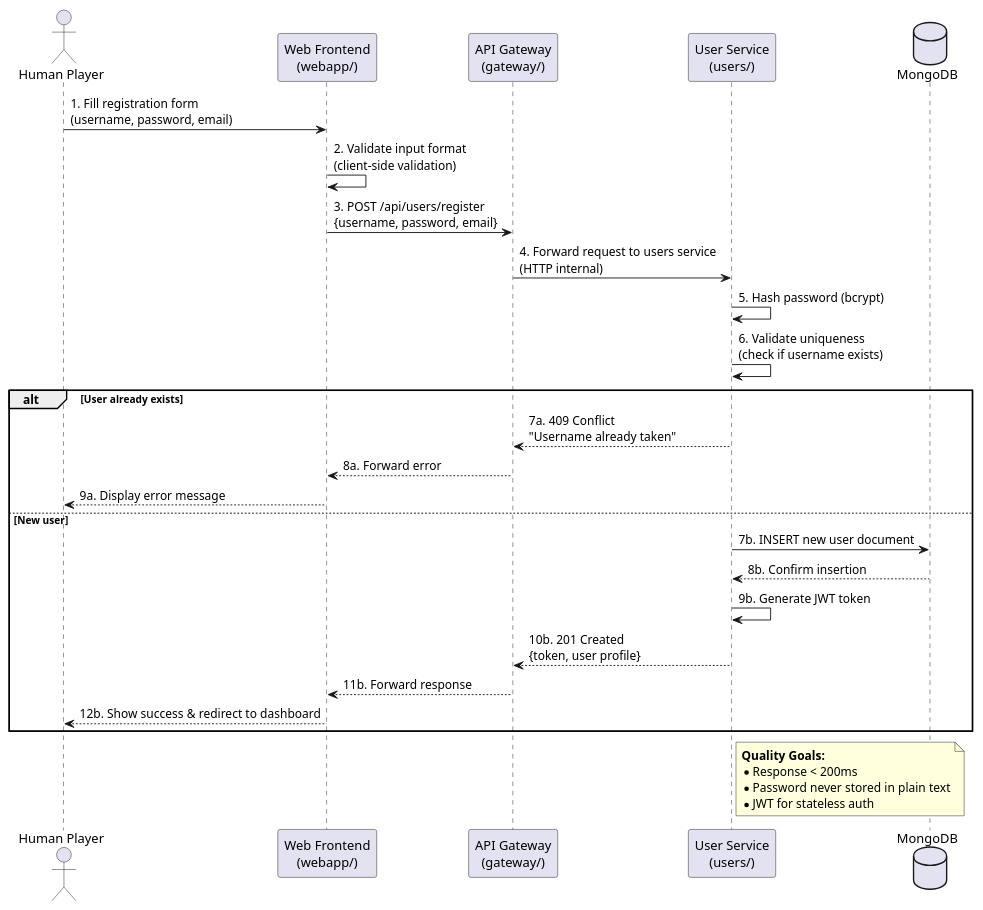
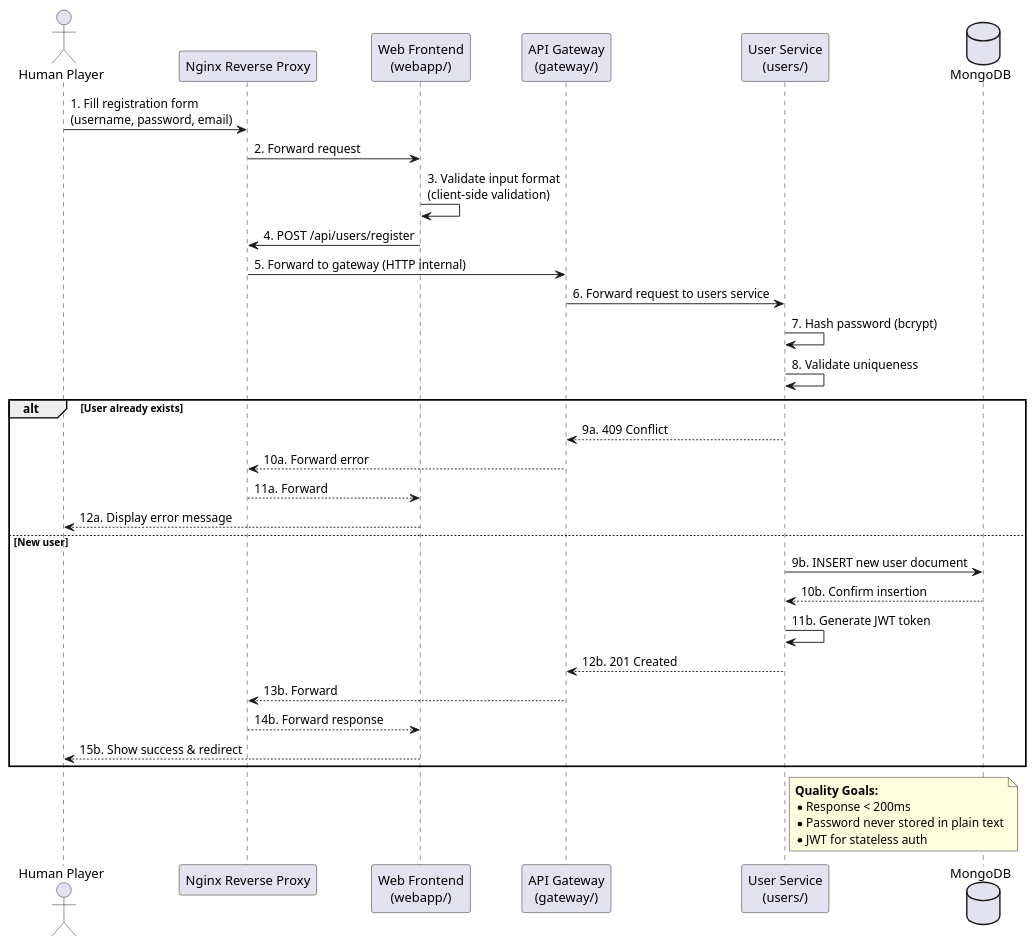
The first of 3 diagrams in docs/src/06_runtime_view.adoc (Arquisoft/yovi_en2c), drawn with PlantUML before and after one commit. The commit also changed other lines of this file, not shown here.

```diff
--- a/docs/src/06_runtime_view.adoc
+++ b/docs/src/06_runtime_view.adoc
@@ -19,40 +19,45 @@
-[plantuml,"User Registration Sequence",png]
+[plantuml,"User Registration Sequence with Proxy",png]
 ----
 @startuml
 actor "Human Player" as User
+participant "Nginx Reverse Proxy" as Proxy
 participant "Web Frontend\n(webapp/)" as Webapp
 participant "API Gateway\n(gateway/)" as Gateway
 participant "User Service\n(users/)" as Users
 database "MongoDB" as DB
 
-User -> Webapp: 1. Fill registration form\n(username, password, email)
-Webapp -> Webapp: 2. Validate input format\n(client-side validation)
+User -> Proxy: 1. Fill registration form\n(username, password, email)
+Proxy -> Webapp: 2. Forward request
+Webapp -> Webapp: 3. Validate input format\n(client-side validation)
 
-Webapp -> Gateway: 3. POST /api/users/register\n{username, password, email}
-Gateway -> Users: 4. Forward request to users service\n(HTTP internal)
+Webapp -> Proxy: 4. POST /api/users/register
+Proxy -> Gateway: 5. Forward to gateway (HTTP internal)
+Gateway -> Users: 6. Forward request to users service
 
-Users -> Users: 5. Hash password (bcrypt)
-Users -> Users: 6. Validate uniqueness\n(check if username exists)
+Users -> Users: 7. Hash password (bcrypt)
+Users -> Users: 8. Validate uniqueness
 
 alt User already exists
-    Users --> Gateway: 7a. 409 Conflict\n"Username already taken"
-    Gateway --> Webapp: 8a. Forward error
-    Webapp --> User: 9a. Display error message
+    Users --> Gateway: 9a. 409 Conflict
+    Gateway --> Proxy: 10a. Forward error
+    Proxy --> Webapp: 11a. Forward
+    Webapp --> User: 12a. Display error message
 else New user
-    Users -> DB: 7b. INSERT new user document
-    DB --> Users: 8b. Confirm insertion
+    Users -> DB: 9b. INSERT new user document
+    DB --> Users: 10b. Confirm insertion
 
-    Users -> Users: 9b. Generate JWT token
-    Users --> Gateway: 10b. 201 Created\n{token, user profile}
-    Gateway --> Webapp: 11b. Forward response
-    Webapp --> User: 12b. Show success & redirect to dashboard
+    Users -> Users: 11b. Generate JWT token
+    Users --> Gateway: 12b. 201 Created
+    Gateway --> Proxy: 13b. Forward
+    Proxy --> Webapp: 14b. Forward response
+    Webapp --> User: 15b. Show success & redirect
 end
 
 note right of Users
   **Quality Goals:**
   * Response < 200ms
   * Password never stored in plain text
   * JWT for stateless auth
 end note
 @enduml
 ----
```
